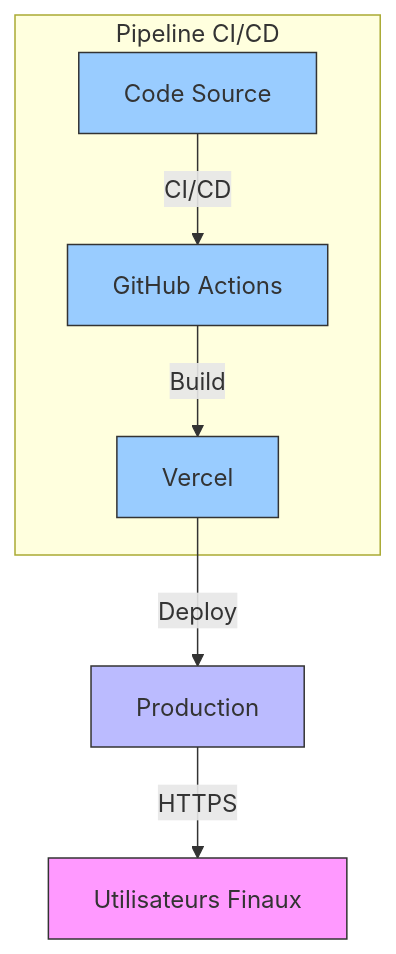
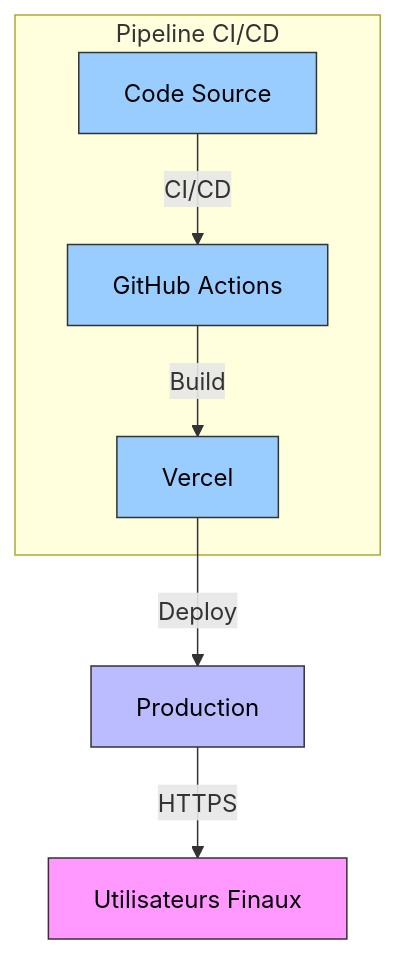
One commit to Netchard/NexiaMindAi changed the sixth of 8 diagrams in docs/NexiaMindAi-Synthèse.md. Above: the diagram before and after it, drawn with Mermaid. The commit also changed other lines of this file and 44 other files, not shown here.

````diff
--- a/docs/NexiaMindAi-Synthèse.md
+++ b/docs/NexiaMindAi-Synthèse.md
@@ -413,19 +413,19 @@
 ```mermaid
 flowchart TD
     A[Code Source] -->|CI/CD| B[GitHub Actions]
     B -->|Build| C[Vercel]
     C -->|Deploy| D[Production]
     D -->|HTTPS| E[Utilisateurs Finaux]
     
     subgraph "Pipeline CI/CD"
     A
     B
     C
     end
     
-    style A fill:#9cf,stroke:#333
-    style B fill:#9cf,stroke:#333
-    style C fill:#9cf,stroke:#333
-    style D fill:#bbf,stroke:#333
-    style E fill:#f9f,stroke:#333
+    style A fill:#9cf,stroke:#333,color:#000
+    style B fill:#9cf,stroke:#333,color:#000
+    style C fill:#9cf,stroke:#333,color:#000
+    style D fill:#bbf,stroke:#333,color:#000
+    style E fill:#f9f,stroke:#333,color:#000
 ```
````
